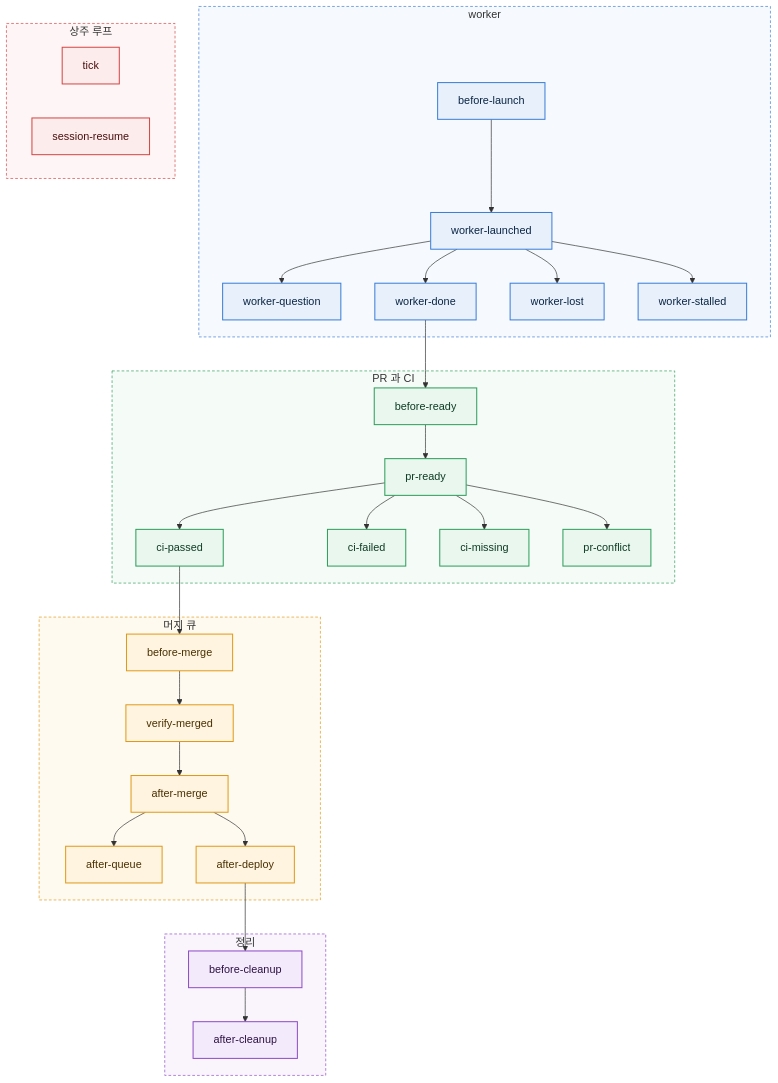
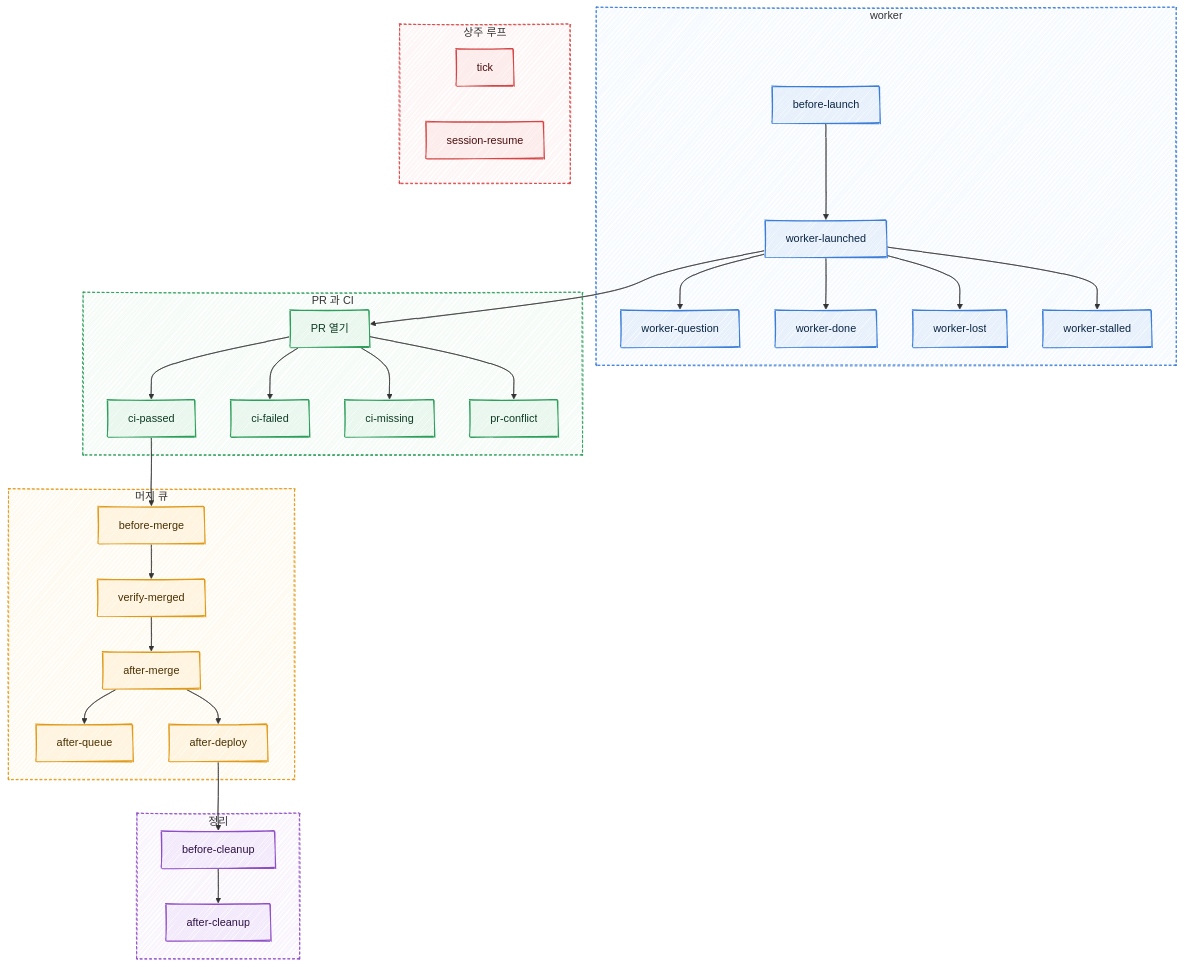
Before and after one commit to jon890/fos-skills: the fifth of 8 diagrams in docs/flow.md, drawn with Mermaid. The commit also changed other lines of this file and 55 other files, not shown here.

````diff
--- a/docs/flow.md
+++ b/docs/flow.md
@@ -264,45 +264,49 @@
 ```mermaid
+---
+config:
+  look: handDrawn
+---
 %%{init: {"theme":"base","themeVariables":{"fontFamily":"'Noto Sans KR', sans-serif","fontSize":"14px","lineColor":"#7A8594","primaryTextColor":"#1D1F23","edgeLabelBackground":"#FFFFFF","clusterBkg":"#FAFAFA"},"flowchart":{"curve":"basis","nodeSpacing":40,"rankSpacing":60,"padding":14}}}%%
 flowchart TD
     subgraph W[worker]
         L[before-launch] --> LA[worker-launched]
         LA --> Q[worker-question]
         LA --> D[worker-done]
         LA --> LO[worker-lost]
         LA --> ST[worker-stalled]
     end
     subgraph P[PR 과 CI]
-        D --> BR[before-ready] --> R[pr-ready]
-        R --> CP[ci-passed]
-        R --> CF[ci-failed]
-        R --> CM[ci-missing]
-        R --> CO[pr-conflict]
+        OPEN[PR 열기] --> CP[ci-passed]
+        OPEN --> CF[ci-failed]
+        OPEN --> CM[ci-missing]
+        OPEN --> CO[pr-conflict]
     end
+    LA --> OPEN
     subgraph M[머지 큐]
         CP --> BM[before-merge] --> VM[verify-merged] --> AM[after-merge]
         AM --> AQ[after-queue]
         AM --> AD[after-deploy]
     end
     subgraph C[정리]
         AD --> BC[before-cleanup] --> AC[after-cleanup]
     end
     subgraph T[상주 루프]
         TK[tick]
         SR[session-resume]
     end
     class L,LA,Q,D,LO,ST c1
-    class BR,R,CP,CF,CM,CO c2
+    class OPEN,CP,CF,CM,CO c2
     class BM,VM,AM,AQ,AD c3
     class BC,AC c4
     class TK,SR c5
     classDef c1 fill:#E8F1FB,stroke:#3B7DD8,stroke-width:1.5px,color:#0B2545
     classDef c2 fill:#E9F7EF,stroke:#2E9E5B,stroke-width:1.5px,color:#0E3B22
     classDef c3 fill:#FFF4E0,stroke:#E09A1A,stroke-width:1.5px,color:#4A3000
     classDef c4 fill:#F3EAFB,stroke:#8E4EC6,stroke-width:1.5px,color:#2E1145
     classDef c5 fill:#FDECEC,stroke:#D64545,stroke-width:1.5px,color:#4A0F0F
     style W fill:#F6FAFE,stroke:#3B7DD8,stroke-dasharray:4 3
     style P fill:#F5FBF7,stroke:#2E9E5B,stroke-dasharray:4 3
     style M fill:#FFFAF0,stroke:#E09A1A,stroke-dasharray:4 3
     style C fill:#FAF5FD,stroke:#8E4EC6,stroke-dasharray:4 3
     style T fill:#FEF6F6,stroke:#D64545,stroke-dasharray:4 3
 ```
````
